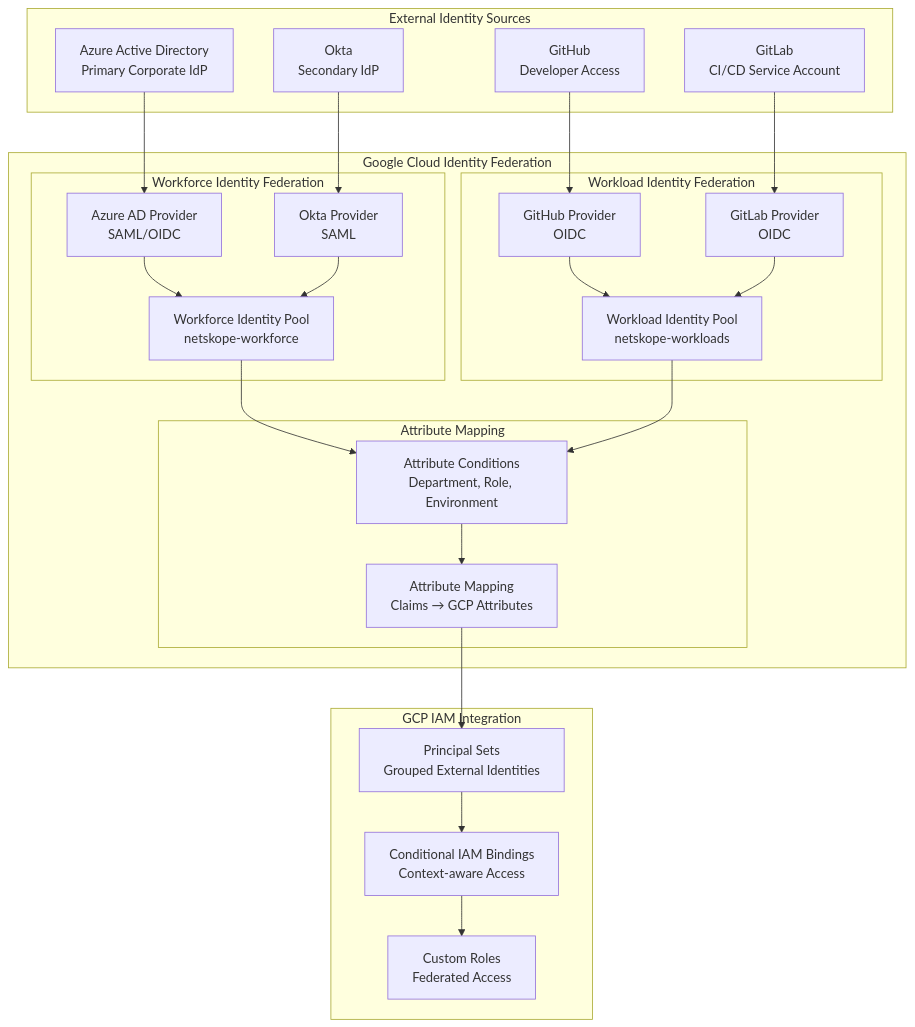
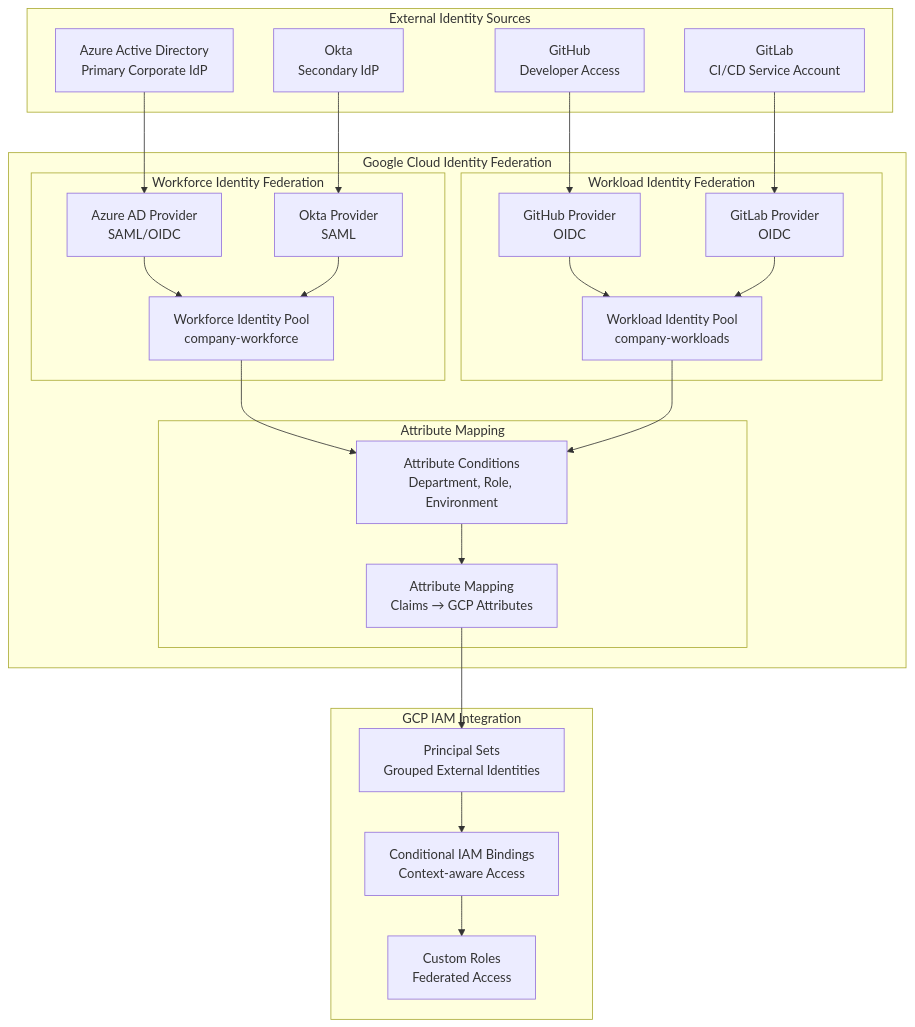
Before and after one commit to Himanshi3004/GCP-LZ: the second of 5 diagrams in docs/SECURITY_ARCHITECTURE.md, drawn with Mermaid. The commit also changed other lines of this file and 12 other files, not shown here.

````diff
--- a/docs/SECURITY_ARCHITECTURE.md
+++ b/docs/SECURITY_ARCHITECTURE.md
@@ -158,52 +158,52 @@
 ```mermaid
 graph TB
     subgraph "External Identity Sources"
         AZURE_AD[Azure Active Directory<br/>Primary Corporate IdP]
         OKTA[Okta<br/>Secondary IdP]
         GITHUB[GitHub<br/>Developer Access]
         GITLAB[GitLab<br/>CI/CD Service Account]
     end
     
     subgraph "Google Cloud Identity Federation"
         subgraph "Workforce Identity Federation"
-            WORKFORCE_POOL[Workforce Identity Pool<br/>netskope-workforce]
+            WORKFORCE_POOL[Workforce Identity Pool<br/>company-workforce]
             AZURE_PROVIDER[Azure AD Provider<br/>SAML/OIDC]
             OKTA_PROVIDER[Okta Provider<br/>SAML]
         end
         
         subgraph "Workload Identity Federation"
-            WORKLOAD_POOL[Workload Identity Pool<br/>netskope-workloads]
+            WORKLOAD_POOL[Workload Identity Pool<br/>company-workloads]
             GITHUB_PROVIDER[GitHub Provider<br/>OIDC]
             GITLAB_PROVIDER[GitLab Provider<br/>OIDC]
         end
         
         subgraph "Attribute Mapping"
             ATTRIBUTE_CONDITIONS[Attribute Conditions<br/>Department, Role, Environment]
             ATTRIBUTE_MAPPING[Attribute Mapping<br/>Claims → GCP Attributes]
         end
     end
     
     subgraph "GCP IAM Integration"
         PRINCIPAL_SETS[Principal Sets<br/>Grouped External Identities]
         CONDITIONAL_BINDINGS[Conditional IAM Bindings<br/>Context-aware Access]
         CUSTOM_ROLES_FED[Custom Roles<br/>Federated Access]
     end
     
     AZURE_AD --> AZURE_PROVIDER
     OKTA --> OKTA_PROVIDER
     GITHUB --> GITHUB_PROVIDER
     GITLAB --> GITLAB_PROVIDER
     
     AZURE_PROVIDER --> WORKFORCE_POOL
     OKTA_PROVIDER --> WORKFORCE_POOL
     GITHUB_PROVIDER --> WORKLOAD_POOL
     GITLAB_PROVIDER --> WORKLOAD_POOL
     
     WORKFORCE_POOL --> ATTRIBUTE_CONDITIONS
     WORKLOAD_POOL --> ATTRIBUTE_CONDITIONS
     ATTRIBUTE_CONDITIONS --> ATTRIBUTE_MAPPING
     
     ATTRIBUTE_MAPPING --> PRINCIPAL_SETS
     PRINCIPAL_SETS --> CONDITIONAL_BINDINGS
     CONDITIONAL_BINDINGS --> CUSTOM_ROLES_FED
 ```
````
